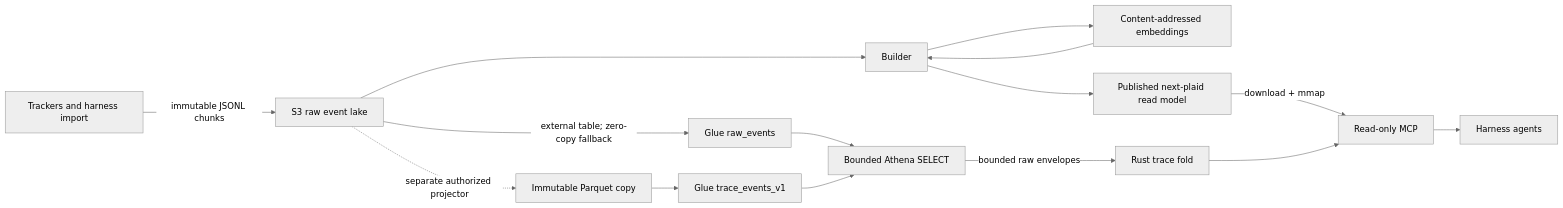
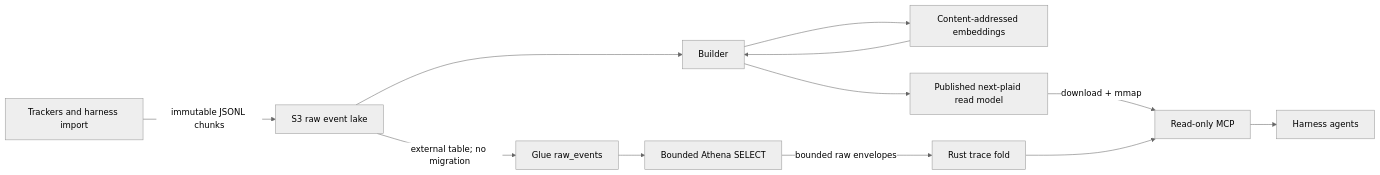
One commit to superlinked/synty changed the diagram in docs/design.md. Above: the diagram before and after it, drawn with Mermaid (neutral theme). The commit also changed other lines of this file and 14 other files, not shown here.

First line of the commit message:
Athena: Harden raw JSONL trace reads

````diff
--- a/docs/design.md
+++ b/docs/design.md
@@ -41,17 +41,14 @@
 ```mermaid
 flowchart LR
     W["Trackers and harness import"] -->|"immutable JSONL chunks"| S3["S3 raw event lake"]
     S3 --> B["Builder"]
     B --> E["Content-addressed embeddings"]
     B --> P["Published next-plaid read model"]
     E --> B
     P -->|"download + mmap"| MCP["Read-only MCP"]
-    S3 -->|"external table; zero-copy fallback"| G["Glue raw_events"]
-    S3 -.->|"separate authorized projector"| Q["Immutable Parquet copy"]
-    Q --> GP["Glue trace_events_v1"]
+    S3 -->|"external table; no migration"| G["Glue raw_events"]
     G --> A["Bounded Athena SELECT"]
-    GP --> A
     A -->|"bounded raw envelopes"| F["Rust trace fold"]
     F --> MCP
     MCP --> H["Harness agents"]
 ```
````
